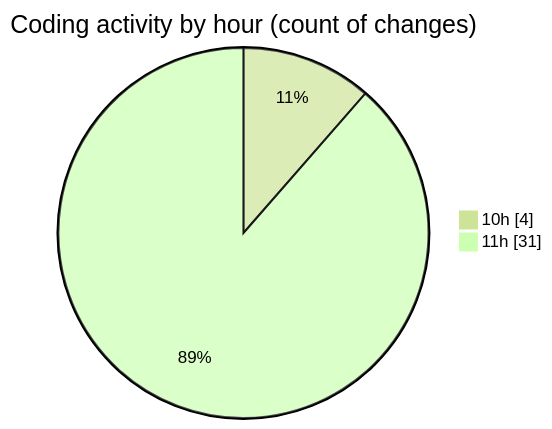
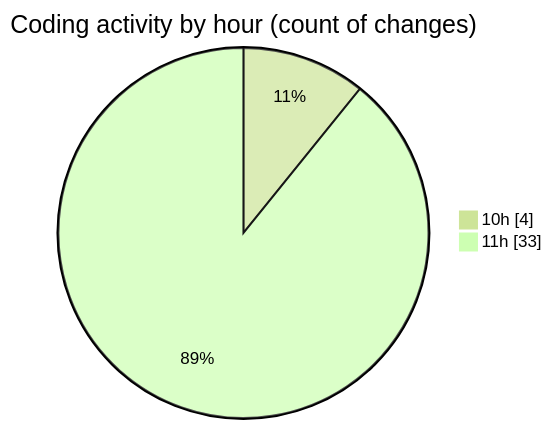
One commit to nxtqubesakshisongat/code-tracking changed the second of 2 diagrams in 2025-07-28/nxtqube_webapp/README.md. Above: the diagram before and after it, drawn with Mermaid (forest theme). The commit also changed other lines of this file and 1 other file, not shown here.

````diff
--- a/2025-07-28/nxtqube_webapp/README.md
+++ b/2025-07-28/nxtqube_webapp/README.md
@@ -49,6 +51,6 @@
 ```mermaid
 pie showData
 title Coding activity by hour (count of changes)
 "10h" : 4
-"11h" : 31
+"11h" : 33
 ```
````
